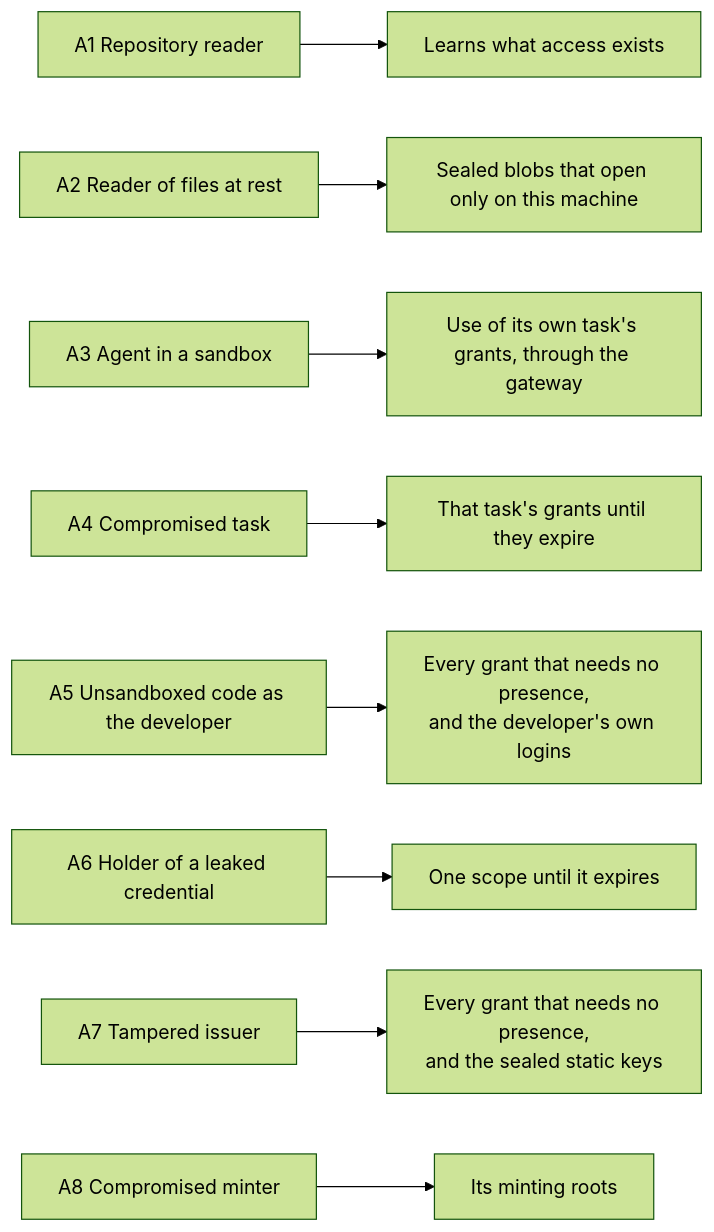
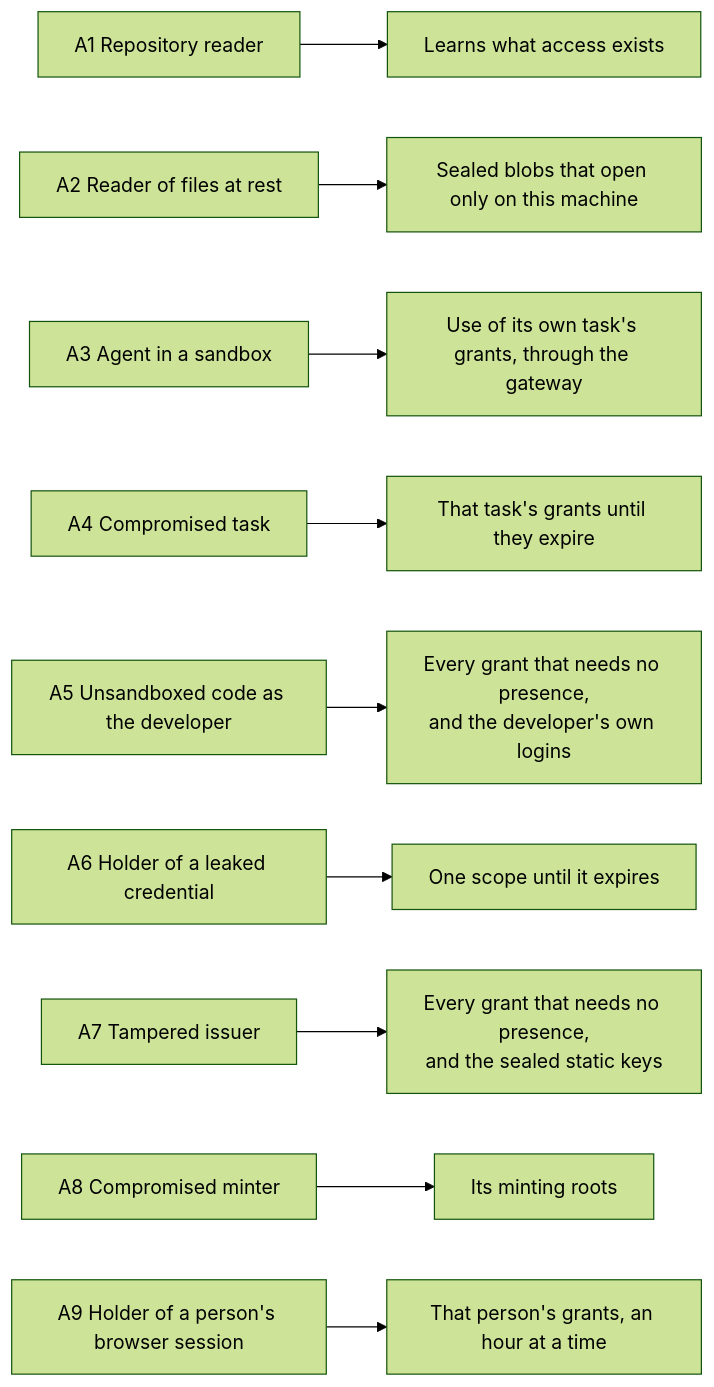
The fifth of 5 diagrams in doc/threat-model.md (kirahowe/grants), drawn with Mermaid (forest theme) before and after one commit. The commit also changed other lines of this file, not shown here.

````diff
--- a/doc/threat-model.md
+++ b/doc/threat-model.md
@@ -245,11 +262,12 @@
 ```mermaid
 flowchart LR
     A1["A1 Repository reader"] --> R1["Learns what access exists"]
     A2["A2 Reader of files at rest"] --> R2["Sealed blobs that open only on this machine"]
     A3["A3 Agent in a sandbox"] --> R3["Use of its own task's grants, through the gateway"]
     A4["A4 Compromised task"] --> R4["That task's grants until they expire"]
     A5["A5 Unsandboxed code as the developer"] --> R5["Every grant that needs no presence,<br/>and the developer's own logins"]
     A6["A6 Holder of a leaked credential"] --> R6["One scope until it expires"]
     A7["A7 Tampered issuer"] --> R7["Every grant that needs no presence,<br/>and the sealed static keys"]
     A8["A8 Compromised minter"] --> R8["Its minting roots"]
+    A9["A9 Holder of a person's browser session"] --> R9["That person's grants, an hour at a time"]
 ```
````
